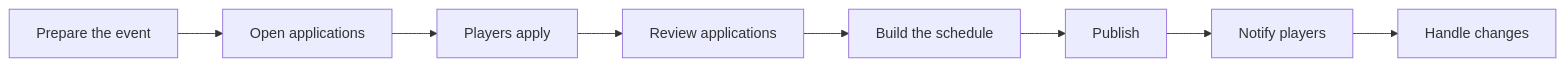
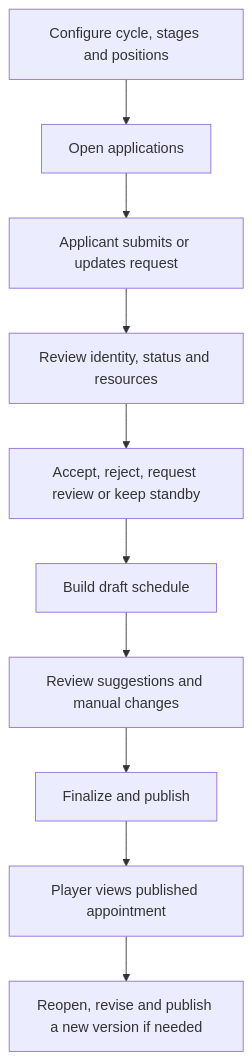
Before and after one commit to cristianrusu777/Kingshot-Events-Tracker-DOCS: the diagram in docs/castle-positions/overview.md, drawn with Mermaid. The commit also changed other lines of this file and 19 other files, not shown here.

````diff
--- a/docs/castle-positions/overview.md
+++ b/docs/castle-positions/overview.md
@@ -9,4 +22,12 @@
 ```mermaid
-flowchart LR
-  A[Prepare the event] --> B[Open applications] --> C[Players apply] --> D[Review applications] --> E[Build the schedule] --> F[Publish] --> G[Notify players] --> H[Handle changes]
+flowchart TD
+  A[Configure cycle, stages and positions] --> B[Open applications]
+  B --> C[Applicant submits or updates request]
+  C --> D[Review identity, status and resources]
+  D --> E[Accept, reject, request review or keep standby]
+  E --> F[Build draft schedule]
+  F --> G[Review suggestions and manual changes]
+  G --> H[Finalize and publish]
+  H --> I[Player views published appointment]
+  I --> J[Reopen, revise and publish a new version if needed]
 ```
````
